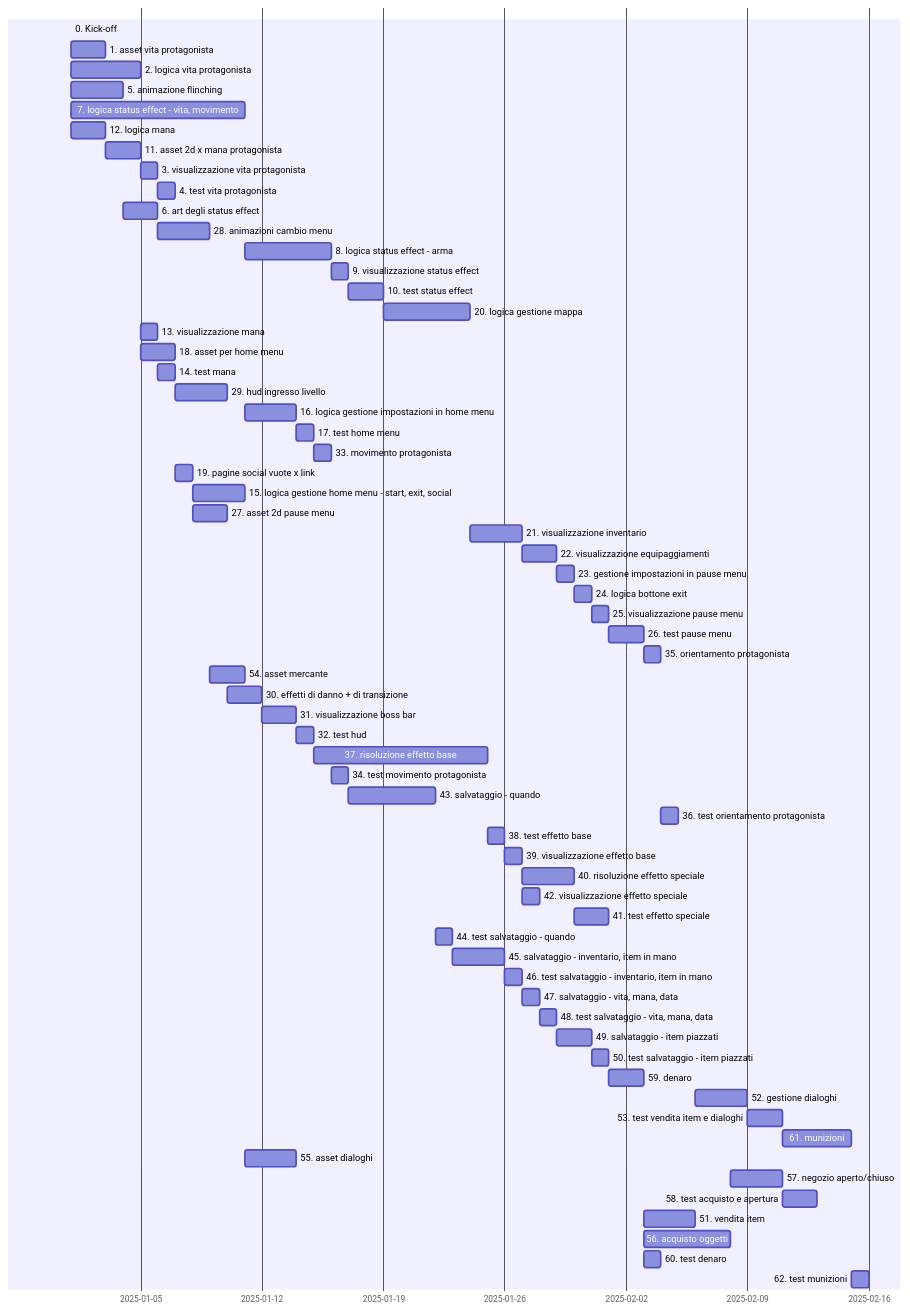
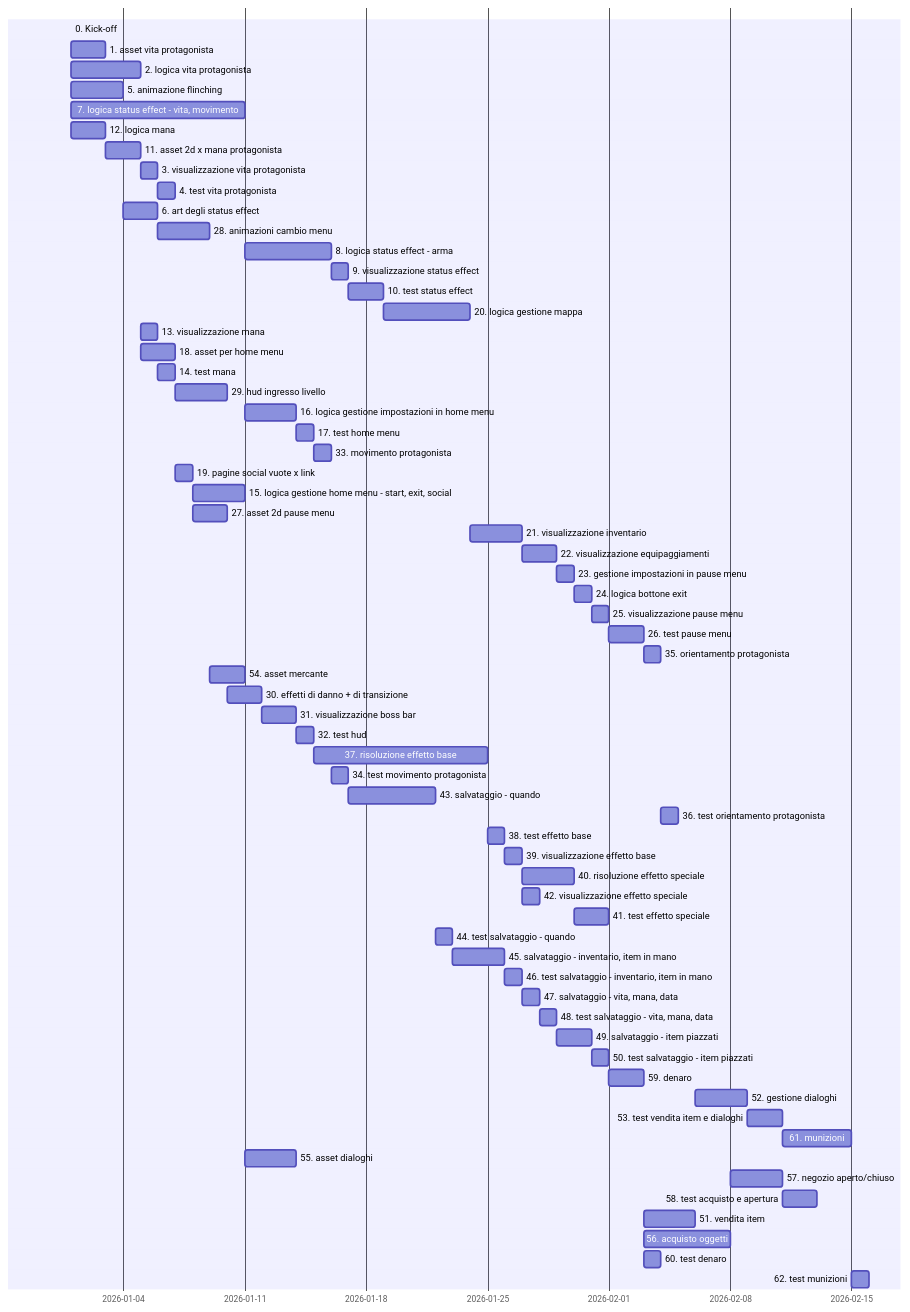
Before and after one commit to FilippoGurioli/super-chasm-hunter-pm: the diagram in docs/appendices/planning/gantt.md, drawn with Mermaid. The commit also changed 7 other files, not shown here.

````diff
--- a/docs/appendices/planning/gantt.md
+++ b/docs/appendices/planning/gantt.md
@@ -3,67 +3,67 @@
 ```mermaid
 gantt
     dateFormat DD-MM-YYYY
-    0. Kick-off :t0, 01-01-2025, 0d
+    0. Kick-off :t0, 01-01-2026, 0d
     1. asset vita protagonista :t1, after t0, 2d
     2. logica vita protagonista :t2, after t0, 4d
     5. animazione flinching :t5, after t0, 3d
     7. logica status effect - vita, movimento :t7, after t0, 10d
     12. logica mana :t12, after t0, 2d
     11. asset 2d x mana protagonista :t11, after t1, 2d
     3. visualizzazione vita protagonista :t3, after t2, 1d
     4. test vita protagonista :t4, after t3, 1d
     6. art degli status effect :t6, after t5, 2d
     28. animazioni cambio menu :t28, after t6, 3d
     8. logica status effect - arma :t8, after t7, 5d
     9. visualizzazione status effect :t9, after t8, 1d
     10. test status effect :t10, after t9, 2d
     20. logica gestione mappa :t20, after t10, 5d
     13. visualizzazione mana :t13, after t11, 1d
     18. asset per home menu :t18, after t11, 2d
     14. test mana :t14, after t13, 1d
     29. hud ingresso livello :t29, after t14, 3d
     16. logica gestione impostazioni in home menu :t16, after t15, 3d
     17. test home menu :t17, after t16, 1d
     33. movimento protagonista :t33, after t17, 1d
     19. pagine social vuote x link :t19, after t18, 0.5d
     15. logica gestione home menu - start, exit, social :t15, after t19, 3d
     27. asset 2d pause menu :t27, after t19, 2d
     21. visualizzazione inventario :t21, after t20, 3d
     22. visualizzazione equipaggiamenti :t22, after t21, 2d
     23. gestione impostazioni in pause menu :t23, after t22, 1d
     24. logica bottone exit :t24, after t23, 1d
     25. visualizzazione pause menu :t25, after t24, 1d
     26. test pause menu :t26, after t25, 2d
     35. orientamento protagonista :t35, after t26, 1d
     54. asset mercante :t54, after t28, 2d
     30. effetti di danno + di transizione :t30, after t29, 2d
     31. visualizzazione boss bar :t31, after t30, 2d
     32. test hud :t32, after t31, 1d
     37. risoluzione effetto base :t37, after t32, 10d
     34. test movimento protagonista :t34, after t33, 1d
     43. salvataggio - quando :t43, after t34, 5d
     36. test orientamento protagonista :t36, after t35, 1d
     38. test effetto base :t38, after t37, 1d
     39. visualizzazione effetto base :t39, after t38, 1d
     40. risoluzione effetto speciale :t40, after t39, 3d
     42. visualizzazione effetto speciale :t42, after t39, 1d
     41. test effetto speciale :t41, after t40, 2d
     44. test salvataggio - quando :t44, after t43, 1d
     45. salvataggio - inventario, item in mano :t45, after t44, 3d
     46. test salvataggio - inventario, item in mano :t46, after t45, 1d
     47. salvataggio - vita, mana, data :t47, after t46, 1d
     48. test salvataggio - vita, mana, data :t48, after t47, 1d
     49. salvataggio - item piazzati :t49, after t48, 2d
     50. test salvataggio - item piazzati :t50, after t49, 1d
     59. denaro :t59, after t50, 2d
     52. gestione dialoghi :t52, after t51, 3d
     53. test vendita item e dialoghi :t53, after t52, 2d
     61. munizioni :t61, after t53, 4d
     55. asset dialoghi :t55, after t54, 3d
     57. negozio aperto/chiuso :t57, after t56, 3d
     58. test acquisto e apertura :t58, after t57, 2d
     51. vendita item :t51, after t59, 3d
     56. acquisto oggetti :t56, after t59, 5d
     60. test denaro :t60, after t59, 1d
     62. test munizioni :t62, after t61, 1d
 ```
````
